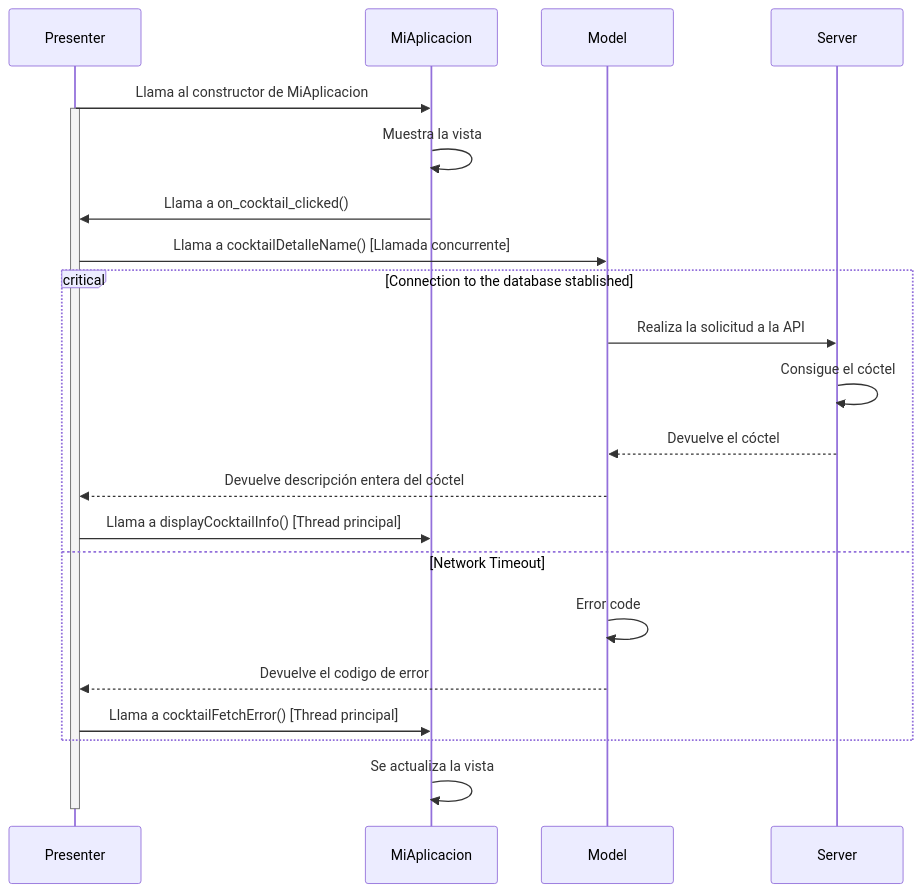
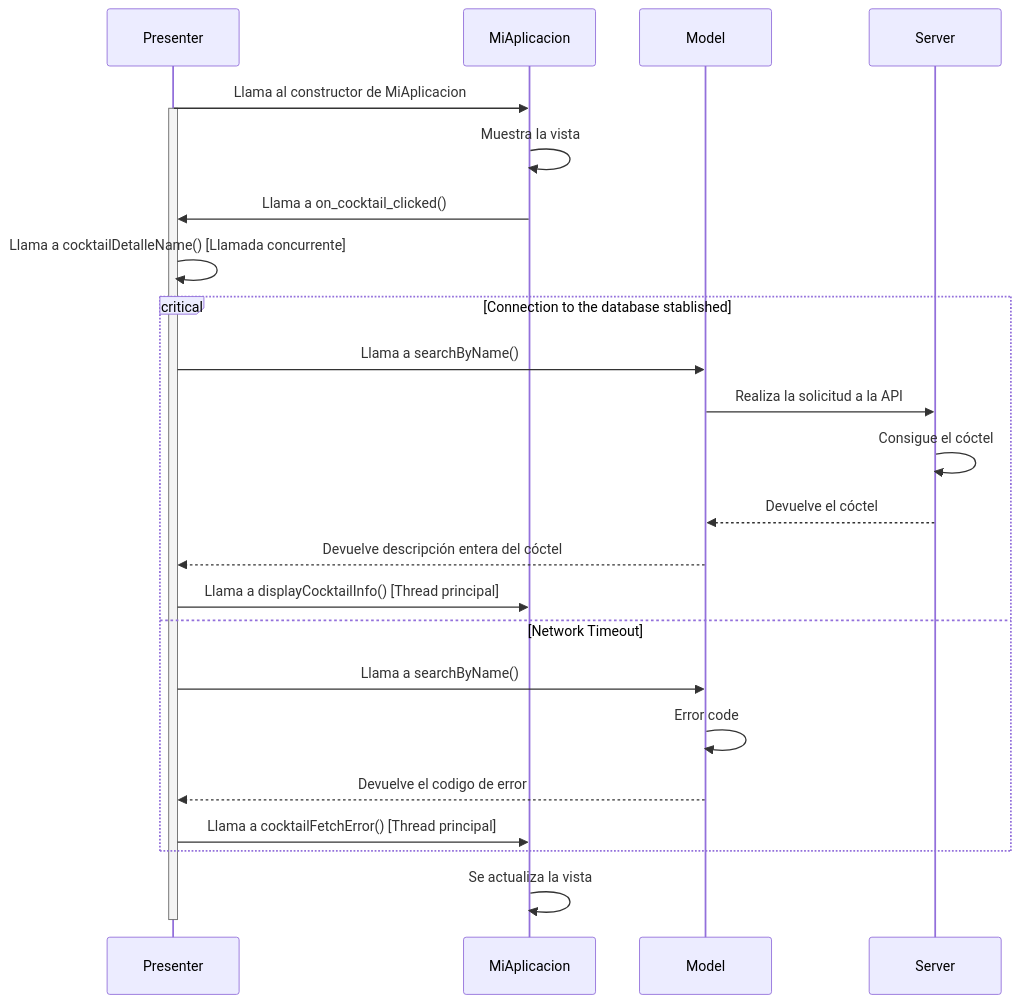
The second of 7 diagrams in Desktop/diseño_sw.md (braisf03/IPM), drawn with Mermaid before and after one commit.

````diff
--- a/Desktop/diseño_sw.md
+++ b/Desktop/diseño_sw.md
@@ -91,33 +91,35 @@
 ```mermaid
 sequenceDiagram
 
 #--------------Definiciones de actores--------------#
     participant Presenter as Presenter
     participant MiAplicacion as MiAplicacion
     participant Model as Model
     participant Server as Server
 
 #--------------Inicio de la aplicación--------------#
     Presenter->>MiAplicacion: Llama al constructor de MiAplicacion
     activate Presenter
     MiAplicacion->>MiAplicacion: Muestra la vista
     MiAplicacion->>Presenter: Llama a on_cocktail_clicked()
-    Presenter->>Model: Llama a cocktailDetalleName() [Llamada concurrente]
+    Presenter->>Presenter: Llama a cocktailDetalleName() [Llamada concurrente]
 
-#-------------Accesos a la base de datos------------#        
+#-------------Accesos a la base de datos------------#
     critical Connection to the database stablished
+        Presenter ->> Model : Llama a searchByName()
         Model->>Server: Realiza la solicitud a la API
         Server->>Server: Consigue el cóctel
         Server-->>Model: Devuelve el cóctel
         Model-->>Presenter: Devuelve descripción entera del cóctel
         Presenter->>MiAplicacion: Llama a displayCocktailInfo() [Thread principal]
     option Network Timeout
+            Presenter ->> Model : Llama a searchByName()
             Model->>Model: Error code
             Model-->>Presenter: Devuelve el codigo de error
             Presenter->>MiAplicacion: Llama a cocktailFetchError() [Thread principal]
     end
    
     MiAplicacion->> MiAplicacion : Se actualiza la vista
     deactivate Presenter
 
 ```
````
